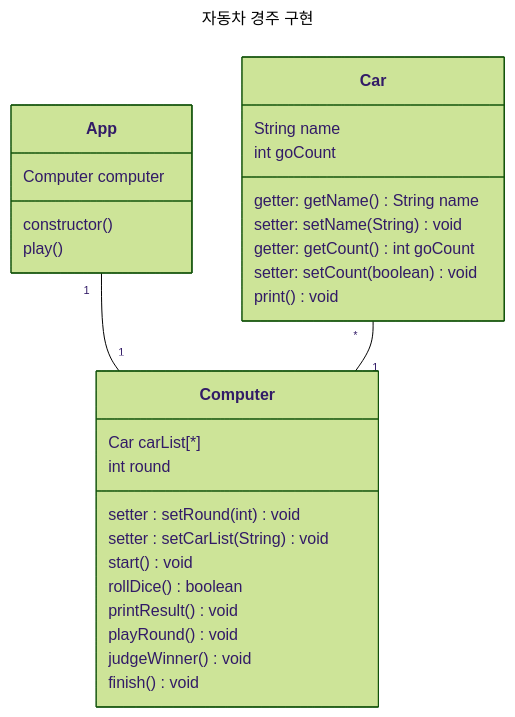
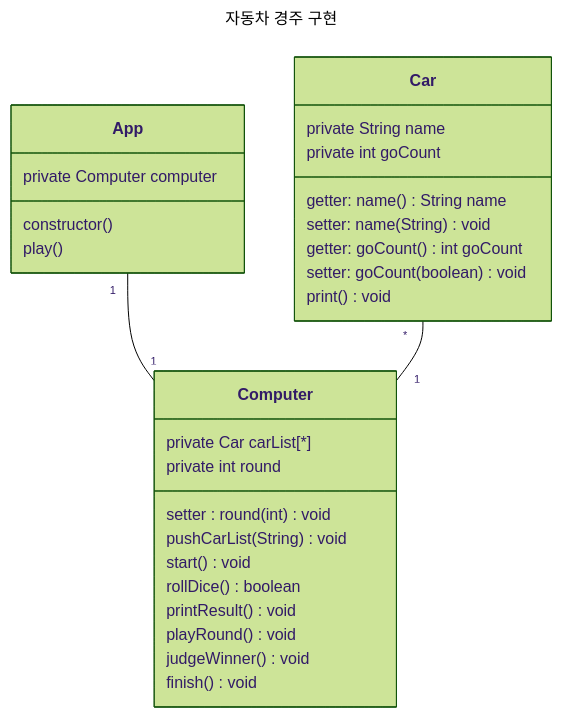
Before and after one commit to woowacourse-precourse/javascript-racingcar-6: the diagram in docs/README.md, drawn with Mermaid (forest theme). The commit also changed other lines of this file, not shown here.

Commit message:
docs(README.md): modify attribute name
- delete '_' on Section 3 and 4
- change setter and getter name
- add 'private' keyword on Section 3

````diff
--- a/docs/README.md
+++ b/docs/README.md
@@ -48,34 +48,34 @@
 ```mermaid
 ---
 title: 자동차 경주 구현
 ---
 classDiagram
     class Car{
-        String name
-        int goCount
-        getter: getName() String name
-        setter: setName(String) void
-        getter: getCount() int goCount
-        setter: setCount(boolean) void
+        private String name
+        private int goCount
+        getter: name() String name
+        setter: name(String) void
+        getter: goCount() int goCount
+        setter: goCount(boolean) void
         print() void
     }
     class Computer{
-        Car carList[*]
-        int round
-        setter : setRound(int) void
-        setter : setCarList(String) void
+        private Car carList[*]
+        private int round
+        setter : round(int) void
+        pushCarList(String) void
         start() void
         rollDice() boolean
         printResult() void
         playRound() void
         judgeWinner() void
         finish() void
     }
     class App{
-        Computer computer
+        private Computer computer
         constructor()
         play()
     }
     App "1"-- "1"Computer
     Car "*"--"1" Computer
 ```
````
